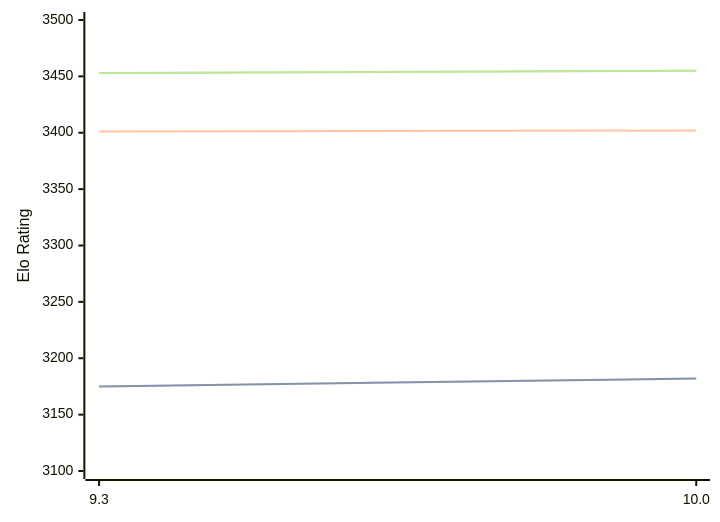
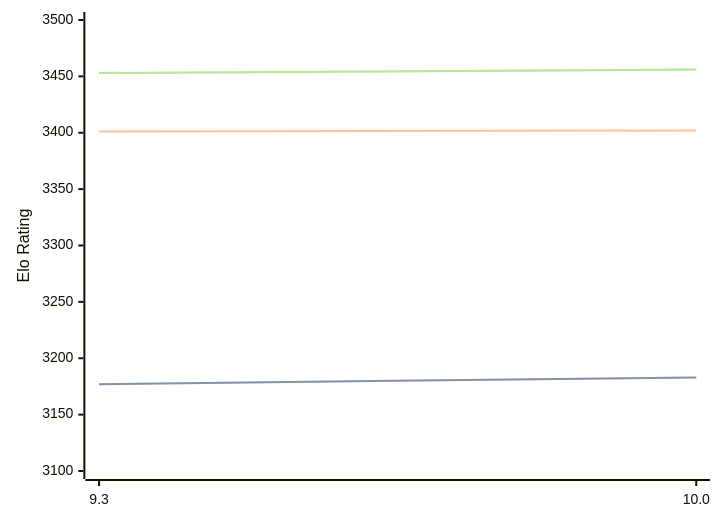
The diagram in engines/Fire.md (computer-chess-index/cci), drawn with Mermaid before and after one commit. The commit also changed other lines of this file, not shown here.

Commit message:
Update CCI Ratings (ELO VLTC) - 2026-04-12

````diff
--- a/engines/Fire.md
+++ b/engines/Fire.md
@@ -47,11 +47,11 @@
 ```mermaid
 %%{init: {"theme":"base","themeVariables":{"seriesColors:['#a3a3a3','#222221','#faa371']}}}%%
 xychart-beta
   x-axis ["9.3", "10.0"]
   y-axis "Elo Rating" 3100 --> 3500
-  line "STC (8.0+0.08s)" [3175, 3182]
-  line "STC (8.0+0.08s)" [3175, 3182]
+  line "STC (8.0+0.08s)" [3177, 3183]
+  line "STC (8.0+0.08s)" [3177, 3183]
   line "LTC (60.0+0.60s)" [3401, 3402]
-  line "VLTC (2m24s+1.12s)" [3453, 3455]
-  line "VLTC (2m24s+1.12s)" [3453, 3455]
+  line "VLTC (2m24s+1.12s)" [3453, 3456]
+  line "VLTC (2m24s+1.12s)" [3453, 3456]
 ```
````
